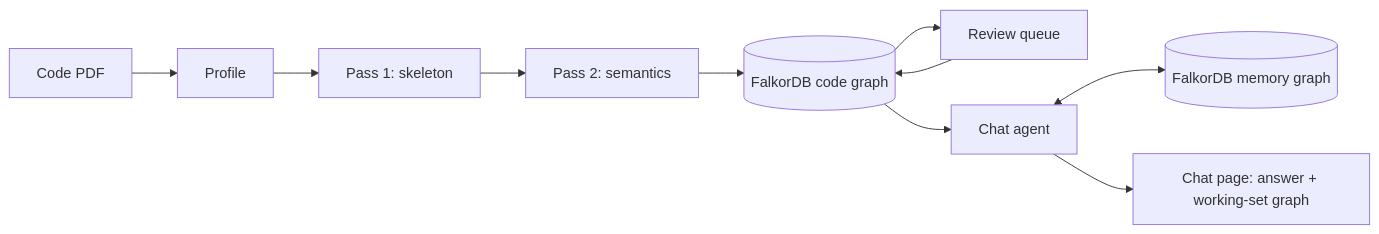
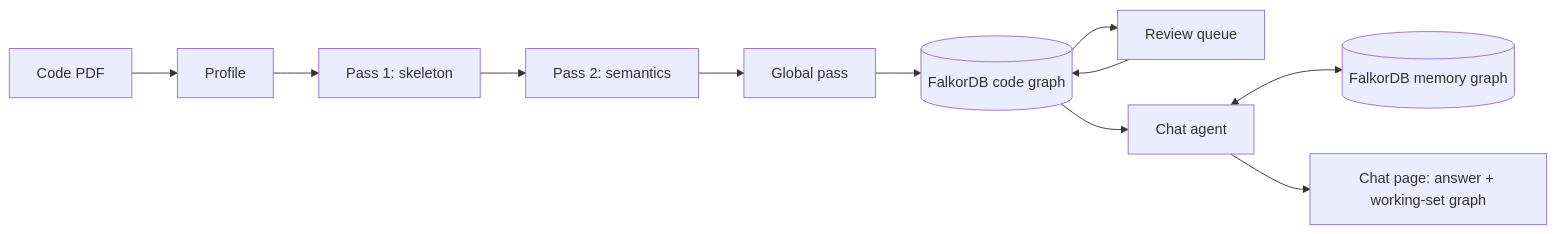
Before and after one commit to yUtkarsh/citewise: the diagram in README.md, drawn with Mermaid. The commit also changed other lines of this file and 5 other files, not shown here.

First line of the commit message:
Upload runs search indexes and the global pass; README rewrite

````diff
--- a/README.md
+++ b/README.md
@@ -48,12 +280,13 @@
 ```mermaid
 flowchart LR
   PDF[Code PDF] --> P[Profile]
   P --> P1[Pass 1: skeleton]
   P1 --> P2[Pass 2: semantics]
-  P2 --> G[(FalkorDB code graph)]
+  P2 --> GP[Global pass]
+  GP --> G[(FalkorDB code graph)]
   G --> R[Review queue]
   R --> G
   G --> A[Chat agent]
   A <--> M[(FalkorDB memory graph)]
   A --> W[Chat page: answer + working-set graph]
 ```
````
